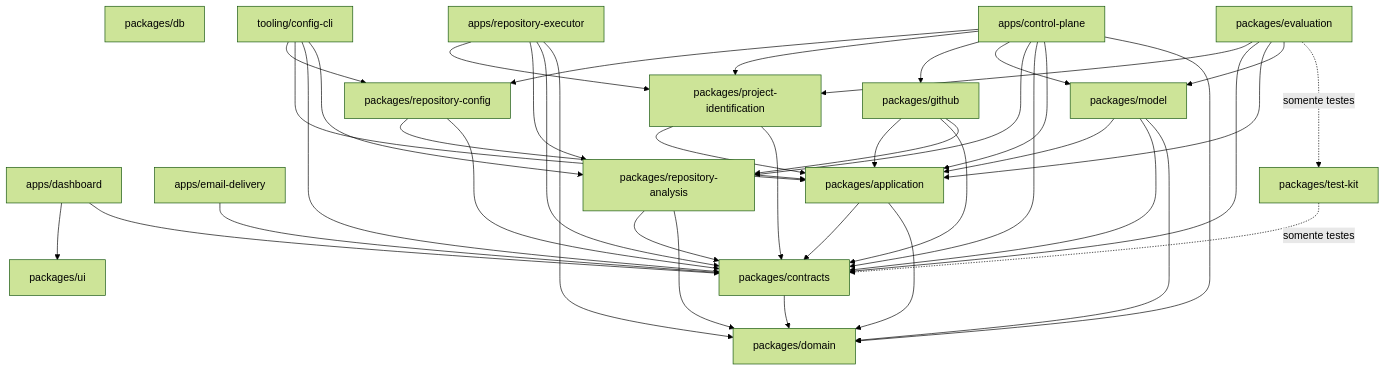
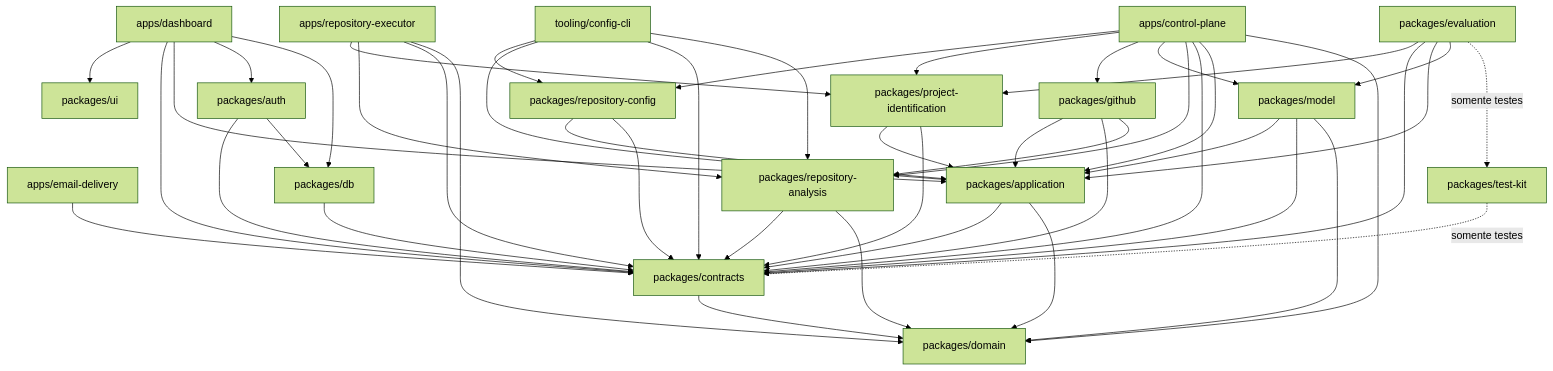
Before and after one commit to ThiagoCrepequer/holon: the diagram in docs/architecture/technical-ecosystem.md, drawn with Mermaid (forest theme). The commit also changed other lines of this file and 7 other files, not shown here.

````diff
--- a/docs/architecture/technical-ecosystem.md
+++ b/docs/architecture/technical-ecosystem.md
@@ -88,61 +89,68 @@
 ```mermaid
 flowchart TD
     DS[apps/dashboard]
     EM[apps/email-delivery]
     UI[packages/ui]
+    AU[packages/auth]
     DB[packages/db]
     DS --> UI
     DS --> CT
+    DS --> AP
+    DS --> AU
+    DS --> DB
+    AU --> CT
+    AU --> DB
     EM --> CT
+    DB --> CT
     CP[apps/control-plane]
     EX[apps/repository-executor]
     GH[packages/github]
     MO[packages/model]
     RA[packages/repository-analysis]
     PI[packages/project-identification]
     CT[packages/contracts]
     EV[packages/evaluation]
     AP[packages/application]
     DO[packages/domain]
     TK[packages/test-kit]
     RC[packages/repository-config]
     CLI[tooling/config-cli]
 
     CP --> RC
     CP --> PI
     EX --> PI
     EV --> PI
     RC --> AP
     RC --> CT
     CLI --> RC
     CLI --> AP
     CLI --> CT
     CLI --> RA
     CP --> GH
     CP --> MO
     CP --> RA
     CP --> CT
     CP --> AP
     CP --> DO
     EX --> RA
     EX --> CT
     EX --> DO
     GH --> AP
     GH --> CT
     GH --> RA
     MO --> AP
     MO --> CT
     MO --> DO
     RA --> CT
     RA --> DO
     PI --> AP
     PI --> CT
     EV --> CT
     EV --> AP
     EV --> MO
     EV -. somente testes .-> TK
     CT --> DO
     AP --> CT
     AP --> DO
     TK -. somente testes .-> CT
 ```
````
